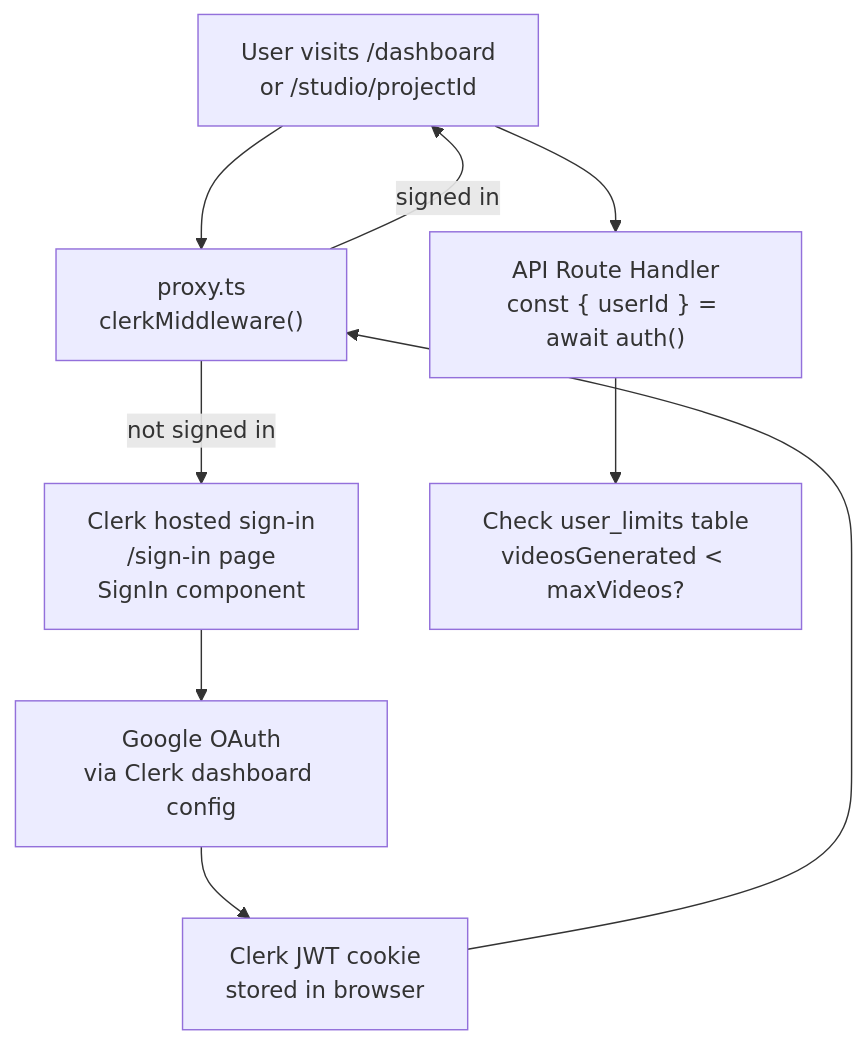
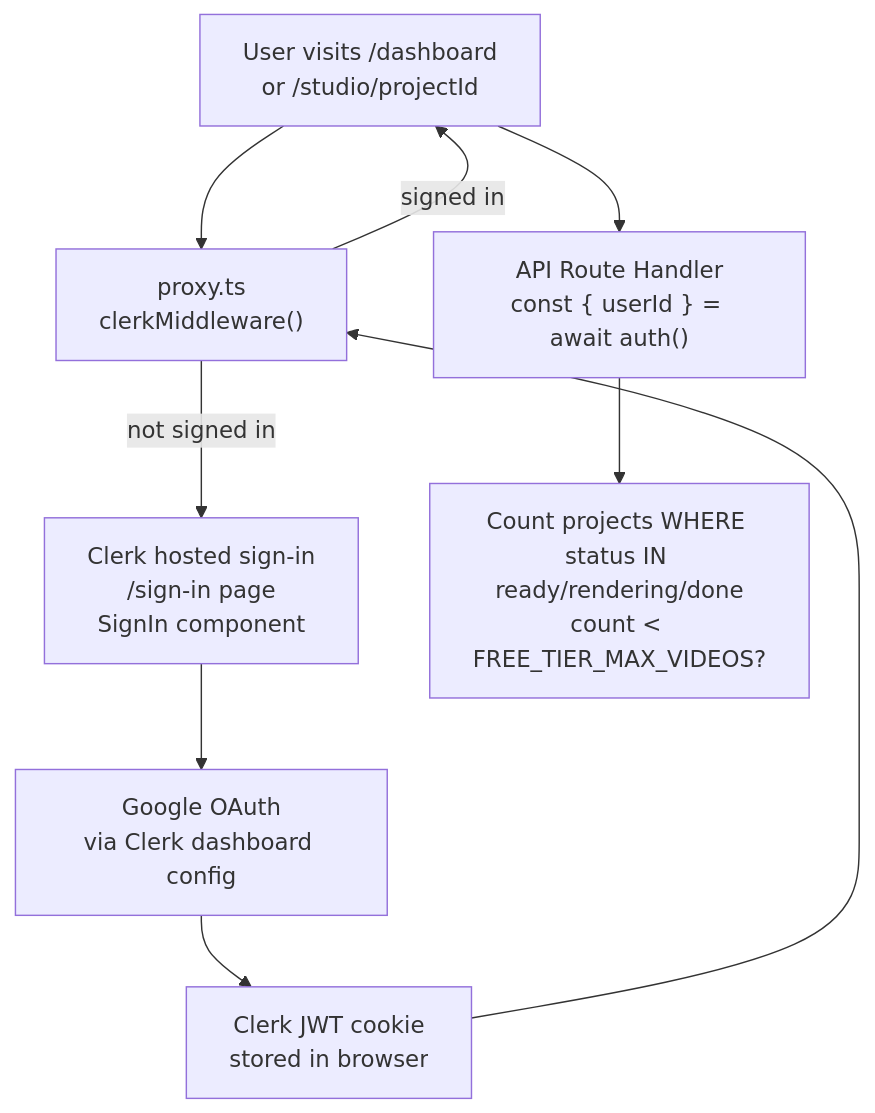
One commit to lokeswaran-aj/opencut changed the fifth of 6 diagrams in docs/architecture.md. Above: the diagram before and after it, drawn with Mermaid. The commit also changed other lines of this file and 13 other files, not shown here.

````diff
--- a/docs/architecture.md
+++ b/docs/architecture.md
@@ -188,19 +188,19 @@
 ```mermaid
 flowchart TD
     U["User visits /dashboard<br/>or /studio/projectId"]
     PM["proxy.ts<br/>clerkMiddleware()"]
     SignIn["Clerk hosted sign-in<br/>/sign-in page<br/>SignIn component"]
     Google["Google OAuth<br/>via Clerk dashboard config"]
     Session["Clerk JWT cookie<br/>stored in browser"]
     API["API Route Handler<br/>const { userId } = await auth()"]
-    Limit["Check user_limits table<br/>videosGenerated < maxVideos?"]
+    Limit["Count projects WHERE status IN ready/rendering/done<br/>count < FREE_TIER_MAX_VIDEOS?"]
 
     U --> PM
     PM -->|"not signed in"| SignIn
     SignIn --> Google
     Google --> Session
     Session --> PM
     PM -->|"signed in"| U
     U --> API
     API --> Limit
 ```
````
